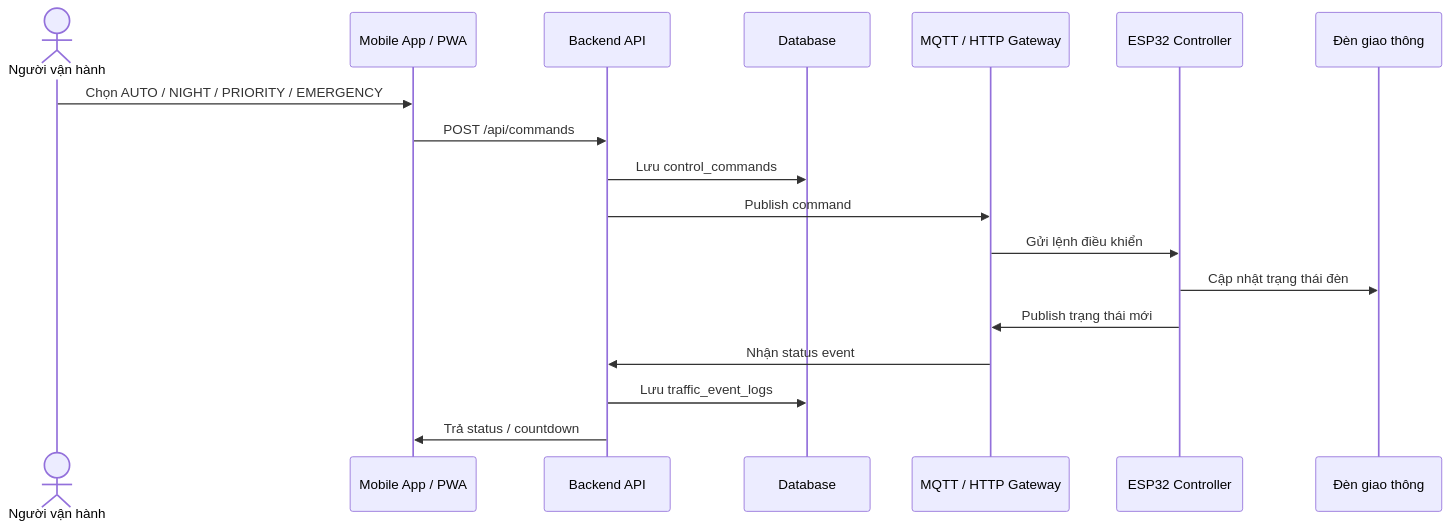
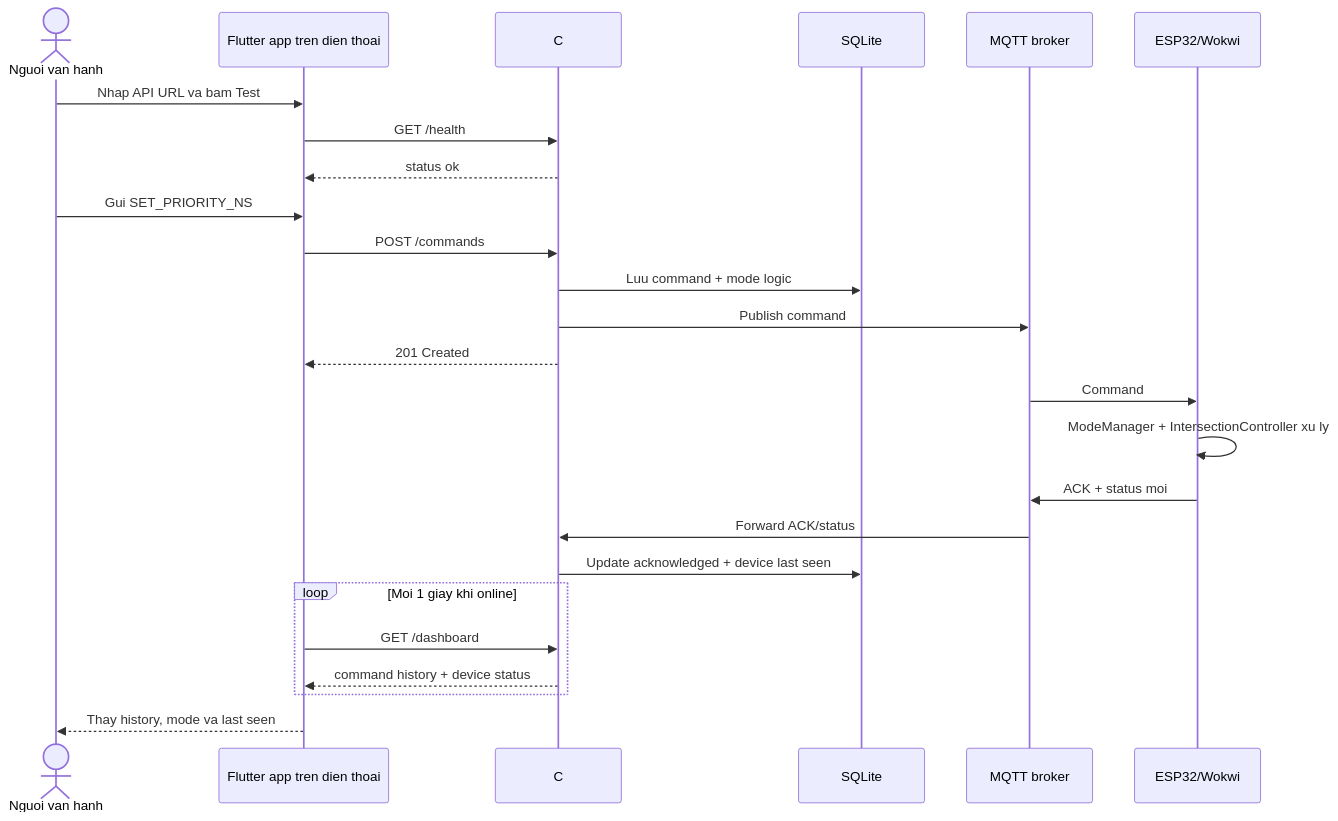
The seventh of 7 diagrams in 09_so_do_thiet_ke.md (xuanhai0913/iot-traffic-light-wokwi), drawn with Mermaid before and after one commit. The commit also changed other lines of this file and 51 other files, not shown here.

Commit message:
docs: sync diagrams and add flutter ios target

````diff
--- a/09_so_do_thiet_ke.md
+++ b/09_so_do_thiet_ke.md
@@ -240,21 +296,32 @@
 ```mermaid
 sequenceDiagram
-    actor Operator as Người vận hành
-    participant App as Mobile App / PWA
-    participant API as Backend API
-    participant DB as Database
-    participant Broker as MQTT / HTTP Gateway
-    participant ESP32 as ESP32 Controller
-    participant Lights as Đèn giao thông
+    actor Operator as Nguoi van hanh
+    participant Phone as Flutter app tren dien thoai
+    participant API as C# API
+    participant DB as SQLite
+    participant MQTT as MQTT broker
+    participant ESP32 as ESP32/Wokwi
 
-    Operator->>App: Chọn AUTO / NIGHT / PRIORITY / EMERGENCY
-    App->>API: POST /api/commands
-    API->>DB: Lưu control_commands
-    API->>Broker: Publish command
-    Broker->>ESP32: Gửi lệnh điều khiển
-    ESP32->>Lights: Cập nhật trạng thái đèn
-    ESP32->>Broker: Publish trạng thái mới
-    Broker->>API: Nhận status event
-    API->>DB: Lưu traffic_event_logs
-    API->>App: Trả status / countdown
+    Operator->>Phone: Nhap API URL va bam Test
+    Phone->>API: GET /health
+    API-->>Phone: status ok
+
+    Operator->>Phone: Gui SET_PRIORITY_NS
+    Phone->>API: POST /commands
+    API->>DB: Luu command + mode logic
+    API->>MQTT: Publish command
+    API-->>Phone: 201 Created
+
+    MQTT->>ESP32: Command
+    ESP32->>ESP32: ModeManager + IntersectionController xu ly
+    ESP32->>MQTT: ACK + status moi
+    MQTT->>API: Forward ACK/status
+    API->>DB: Update acknowledged + device last seen
+
+    loop Moi 1 giay khi online
+        Phone->>API: GET /dashboard
+        API-->>Phone: command history + device status
+    end
+
+    Phone-->>Operator: Thay history, mode va last seen
 ```
````
